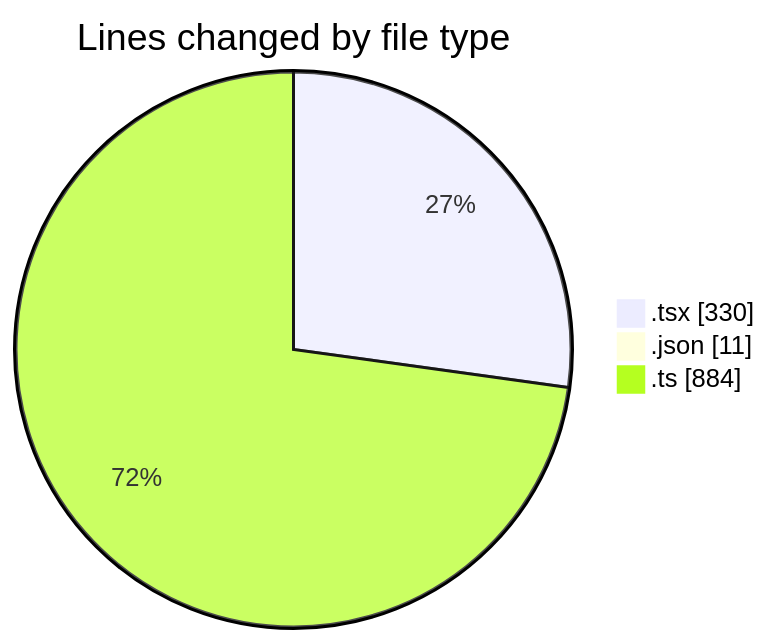
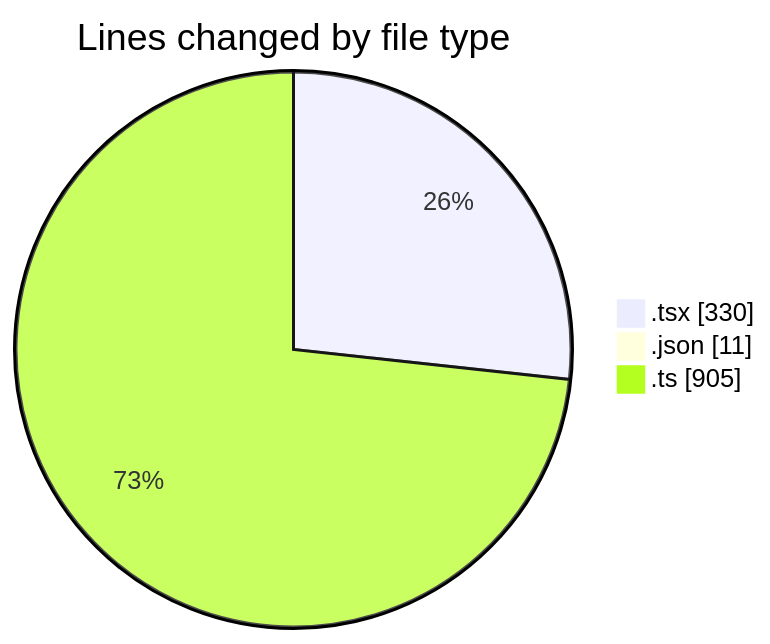
Before and after one commit to momahboobian/code-tracking: the first of 2 diagrams in 2025-05-12/cda/README.md, drawn with Mermaid. The commit also changed other lines of this file and 1 other file, not shown here.

````diff
--- a/2025-05-12/cda/README.md
+++ b/2025-05-12/cda/README.md
@@ -31,7 +31,7 @@
 ```mermaid
 pie showData
 title Lines changed by file type
 ".tsx" : 330
 ".json" : 11
-".ts" : 884
+".ts" : 905
 ```
````
